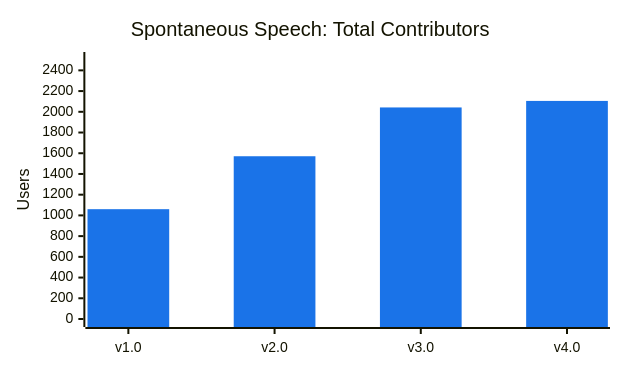
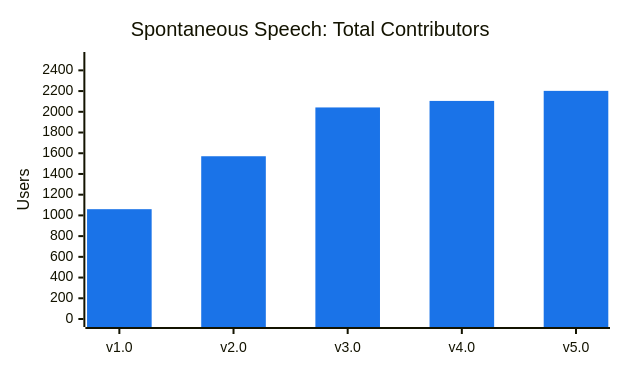
The second of 3 diagrams in datasets/spontaneous-speech/README.md (common-voice/cv-dataset), drawn with Mermaid before and after one commit. The commit also changed other lines of this file and 3 other files, not shown here.

````diff
--- a/datasets/spontaneous-speech/README.md
+++ b/datasets/spontaneous-speech/README.md
@@ -33,16 +33,16 @@
 ```mermaid
 ---
 config:
     xyChart:
         width: 600
         height: 350
     themeVariables:
         xyChart:
             plotColorPalette: "#1a73e8"
 ---
 xychart-beta
     title "Spontaneous Speech: Total Contributors"
-    x-axis ["v1.0","v2.0","v3.0","v4.0"]
+    x-axis ["v1.0","v2.0","v3.0","v4.0","v5.0"]
     y-axis "Users" 0 --> 2500
-    bar [1060,1571,2042,2105]
+    bar [1060,1571,2042,2105,2202]
 ```
````
